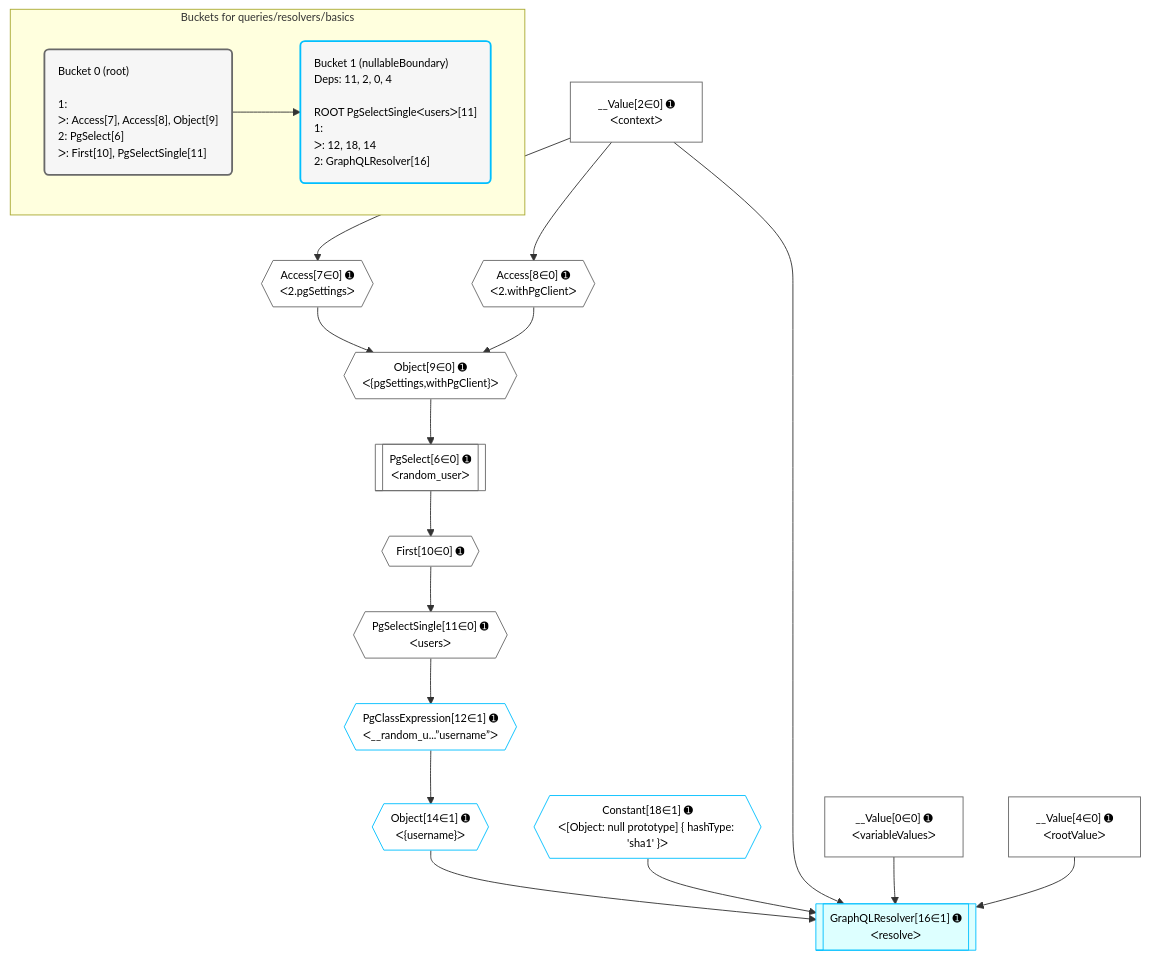
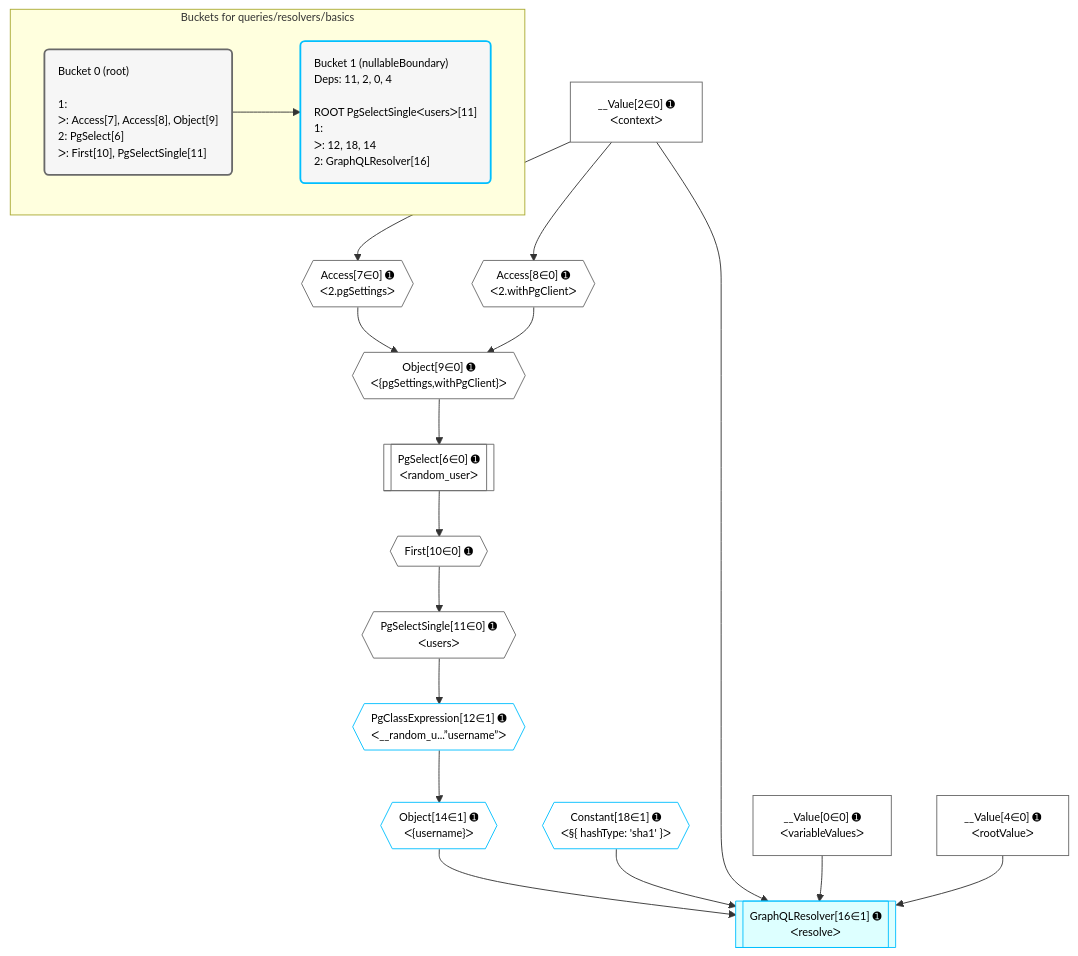
Before and after one commit to graphile/crystal: the diagram in grafast/dataplan-pg/__tests__/queries/resolvers/basics.mermaid, drawn with Mermaid. The commit also changed 24 other files, not shown here.

```diff
--- a/grafast/dataplan-pg/__tests__/queries/resolvers/basics.mermaid
+++ b/grafast/dataplan-pg/__tests__/queries/resolvers/basics.mermaid
@@ -1,45 +1,45 @@
 %%{init: {'themeVariables': { 'fontSize': '12px'}}}%%
 graph TD
     classDef path fill:#eee,stroke:#000,color:#000
     classDef plan fill:#fff,stroke-width:1px,color:#000
     classDef itemplan fill:#fff,stroke-width:2px,color:#000
     classDef unbatchedplan fill:#dff,stroke-width:1px,color:#000
     classDef sideeffectplan fill:#fcc,stroke-width:2px,color:#000
     classDef bucket fill:#f6f6f6,color:#000,stroke-width:2px,text-align:left
 
 
     %% plan dependencies
     Object9{{"Object[9∈0] ➊<br />ᐸ{pgSettings,withPgClient}ᐳ"}}:::plan
     Access7{{"Access[7∈0] ➊<br />ᐸ2.pgSettingsᐳ"}}:::plan
     Access8{{"Access[8∈0] ➊<br />ᐸ2.withPgClientᐳ"}}:::plan
     Access7 & Access8 --> Object9
     PgSelect6[["PgSelect[6∈0] ➊<br />ᐸrandom_userᐳ"]]:::plan
     Object9 --> PgSelect6
     __Value2["__Value[2∈0] ➊<br />ᐸcontextᐳ"]:::plan
     __Value2 --> Access7
     __Value2 --> Access8
     First10{{"First[10∈0] ➊"}}:::plan
     PgSelect6 --> First10
     PgSelectSingle11{{"PgSelectSingle[11∈0] ➊<br />ᐸusersᐳ"}}:::plan
     First10 --> PgSelectSingle11
     __Value0["__Value[0∈0] ➊<br />ᐸvariableValuesᐳ"]:::plan
     __Value4["__Value[4∈0] ➊<br />ᐸrootValueᐳ"]:::plan
     GraphQLResolver16[["GraphQLResolver[16∈1] ➊<br />ᐸresolveᐳ"]]:::unbatchedplan
     Object14{{"Object[14∈1] ➊<br />ᐸ{username}ᐳ"}}:::plan
-    Constant18{{"Constant[18∈1] ➊<br />ᐸ[Object: null prototype] { hashType: 'sha1' }ᐳ"}}:::plan
+    Constant18{{"Constant[18∈1] ➊<br />ᐸ§{ hashType: 'sha1' }ᐳ"}}:::plan
     Object14 & Constant18 & __Value2 & __Value0 & __Value4 --> GraphQLResolver16
     PgClassExpression12{{"PgClassExpression[12∈1] ➊<br />ᐸ__random_u...”username”ᐳ"}}:::plan
     PgSelectSingle11 --> PgClassExpression12
     PgClassExpression12 --> Object14
 
     %% define steps
 
     subgraph "Buckets for queries/resolvers/basics"
     Bucket0("Bucket 0 (root)<br /><br />1: <br />ᐳ: Access[7], Access[8], Object[9]<br />2: PgSelect[6]<br />ᐳ: First[10], PgSelectSingle[11]"):::bucket
     classDef bucket0 stroke:#696969
     class Bucket0,__Value0,__Value2,__Value4,PgSelect6,Access7,Access8,Object9,First10,PgSelectSingle11 bucket0
     Bucket1("Bucket 1 (nullableBoundary)<br />Deps: 11, 2, 0, 4<br /><br />ROOT PgSelectSingleᐸusersᐳ[11]<br />1: <br />ᐳ: 12, 18, 14<br />2: GraphQLResolver[16]"):::bucket
     classDef bucket1 stroke:#00bfff
     class Bucket1,PgClassExpression12,Object14,GraphQLResolver16,Constant18 bucket1
     Bucket0 --> Bucket1
     end
```
